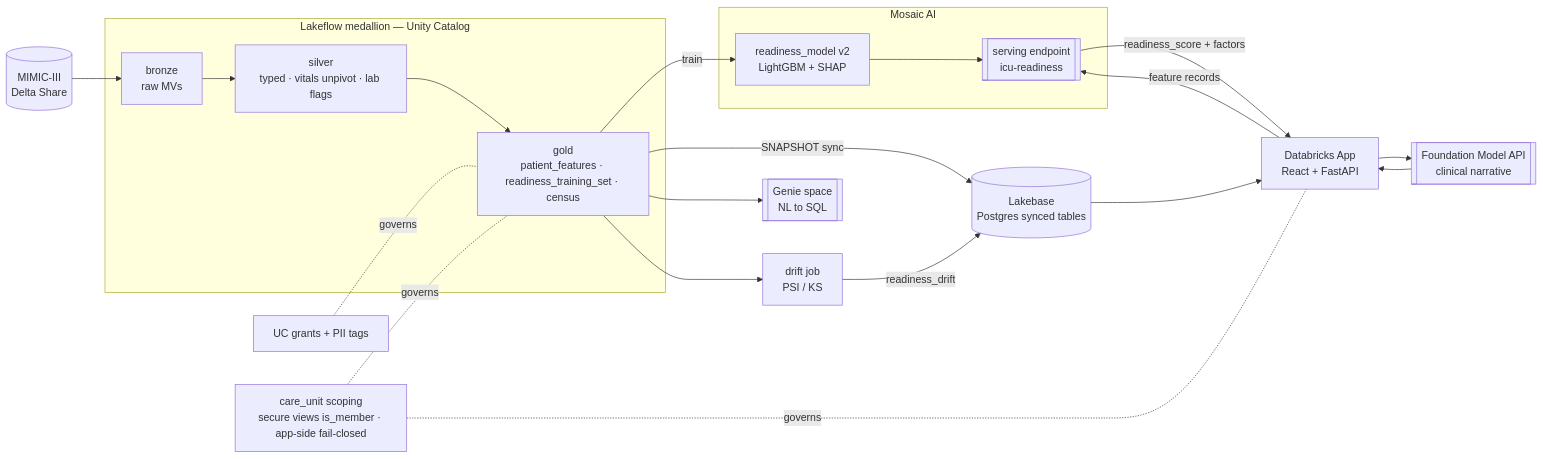
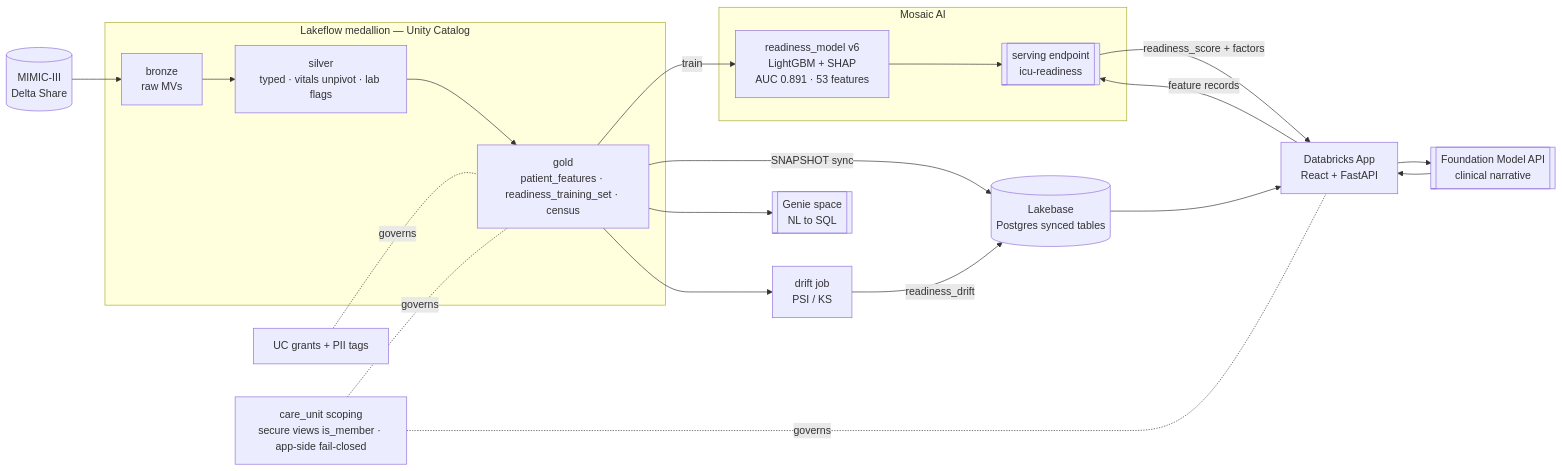
One commit to mattslack-db/icu-step-down-readiness changed the diagram in evidence/architecture.md. Above: the diagram before and after it, drawn with Mermaid. The commit also changed other lines of this file and 54 other files, not shown here.

````diff
--- a/evidence/architecture.md
+++ b/evidence/architecture.md
@@ -11,38 +11,38 @@
 ```mermaid
 flowchart LR
   M[(MIMIC-III<br/>Delta Share)]
   subgraph Lakeflow["Lakeflow medallion — Unity Catalog"]
     B[bronze<br/>raw MVs]
     S[silver<br/>typed · vitals unpivot · lab flags]
     G[gold<br/>patient_features · readiness_training_set · census]
     B --> S --> G
   end
   subgraph ML["Mosaic AI"]
-    MODEL[readiness_model v2<br/>LightGBM + SHAP]
+    MODEL[readiness_model v6<br/>LightGBM + SHAP<br/>AUC 0.891 · 53 features]
     EP[[serving endpoint<br/>icu-readiness]]
     MODEL --> EP
   end
   FM[[Foundation Model API<br/>clinical narrative]]
   GEN[[Genie space<br/>NL to SQL]]
   LB[(Lakebase<br/>Postgres synced tables)]
   APP[Databricks App<br/>React + FastAPI]
   DRIFT[drift job<br/>PSI / KS]
 
   M --> B
   G -->|train| MODEL
   G -->|SNAPSHOT sync| LB
   G --> GEN
   G --> DRIFT
   LB --> APP
   APP -->|feature records| EP
   EP -->|readiness_score + factors| APP
   APP --> FM
   FM --> APP
   DRIFT -->|readiness_drift| LB
 
   UC[UC grants + PII tags]
   RLS[care_unit scoping<br/>secure views is_member · app-side fail-closed]
   UC -.governs.- G
   RLS -.governs.- G
   RLS -.governs.- APP
 ```
````
